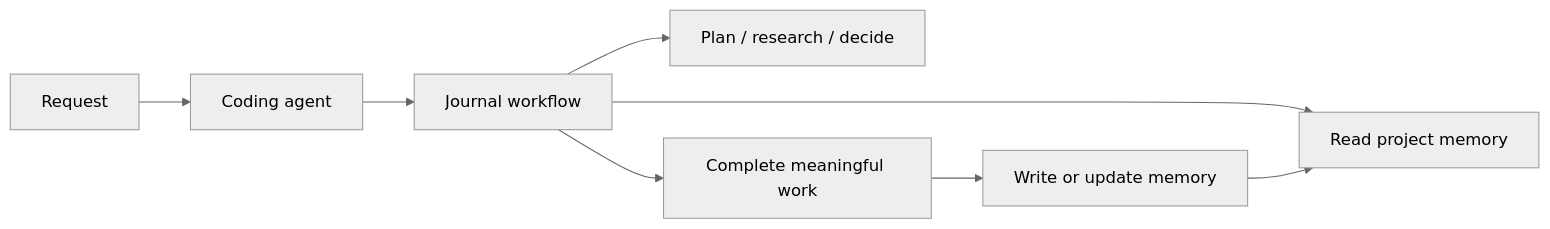
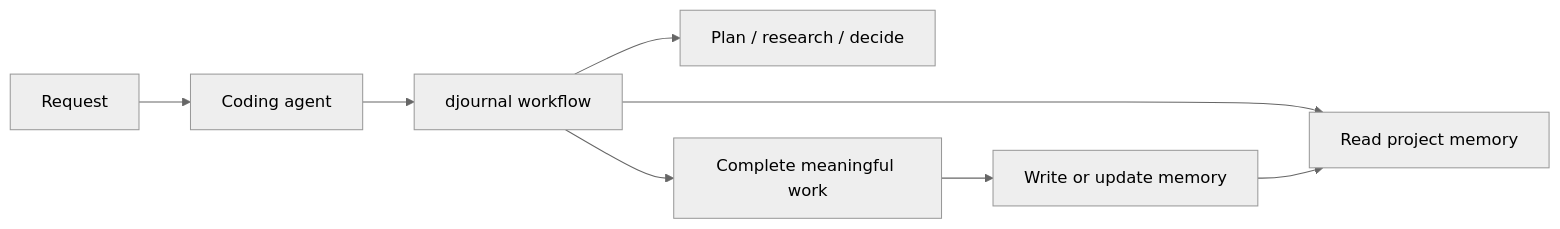
One commit to AlexandruCalinica/djournal changed the diagram in README.md. Above: the diagram before and after it, drawn with Mermaid (neutral theme). The commit also changed other lines of this file and 7 other files, not shown here.

````diff
--- a/README.md
+++ b/README.md
@@ -90,10 +90,10 @@
 ```mermaid
 flowchart LR
     R[Request] --> A[Coding agent]
-    A --> W[Journal workflow]
+    A --> W[djournal workflow]
     W --> M[Read project memory]
     W --> X[Plan / research / decide]
     W --> C[Complete meaningful work]
     C --> J[Write or update memory]
     J --> M
 ```
````
